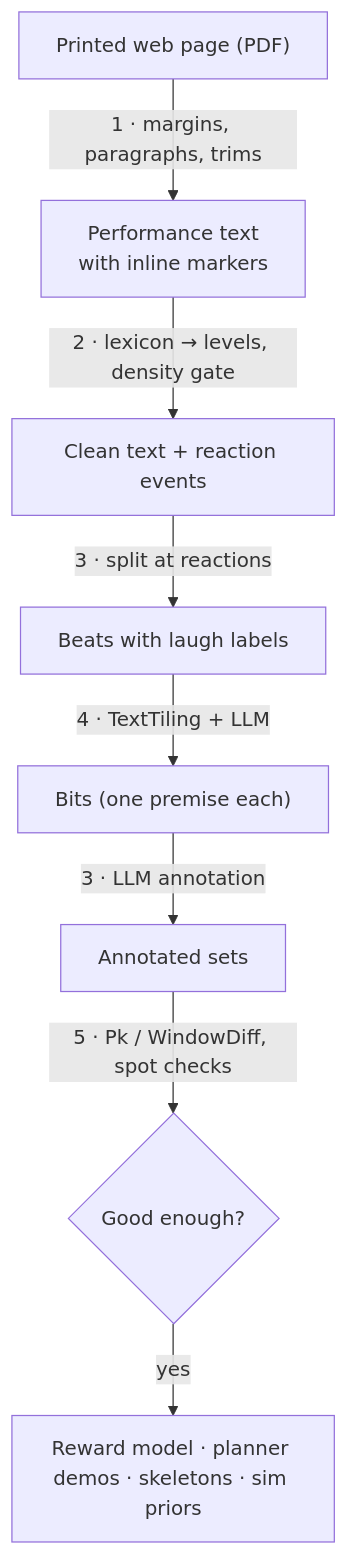
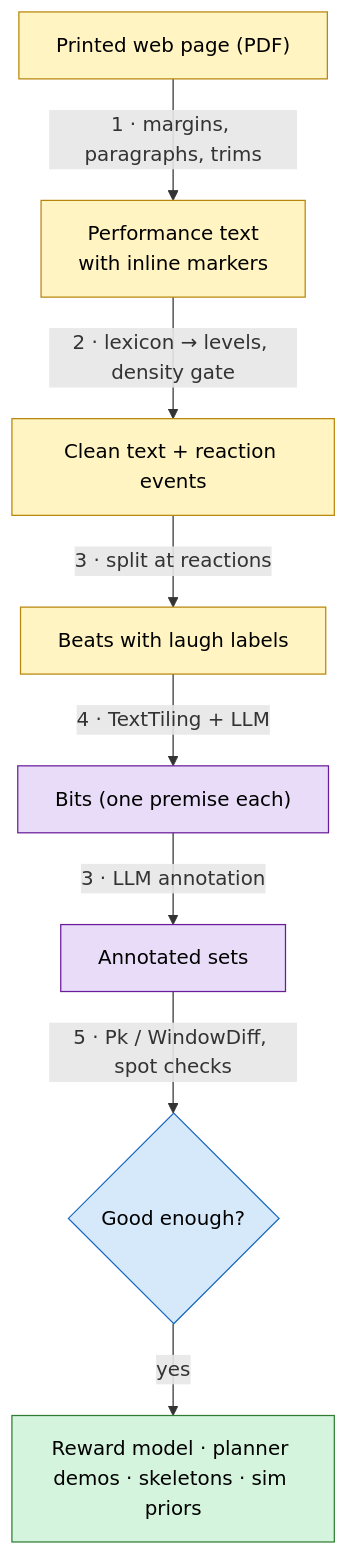
Before and after one commit to Panreta/humor-me: the diagram in pipeline/wiki/README.md, drawn with Mermaid. The commit also changed 4 other files, not shown here.

First line of the commit message:
Colour every diagram by component type, not just the study guide's

````diff
--- a/pipeline/wiki/README.md
+++ b/pipeline/wiki/README.md
@@ -17,11 +17,20 @@
 ```mermaid
 %%{init: {"theme": "default"}}%%
 flowchart TD
     PDF["Printed web page (PDF)"] -->|"1 · margins, paragraphs, trims"| BODY["Performance text<br/>with inline markers"]
     BODY -->|"2 · lexicon → levels, density gate"| EV["Clean text + reaction events"]
     EV -->|"3 · split at reactions"| BEATS["Beats with laugh labels"]
     BEATS -->|"4 · TextTiling + LLM"| BITS["Bits (one premise each)"]
     BITS -->|"3 · LLM annotation"| SETS["Annotated sets"]
     SETS -->|"5 · Pk / WindowDiff, spot checks"| OK{"Good enough?"}
     OK -->|yes| USE["Reward model · planner demos · skeletons · sim priors"]
+
+    classDef data fill:#fff4c2,stroke:#b8860b,color:#000
+    classDef model fill:#e8dcf8,stroke:#6a1b9a,color:#000
+    classDef infra fill:#d6e9fb,stroke:#1565c0,color:#000
+    classDef rl fill:#d4f4dd,stroke:#2e7d32,color:#000
+    class PDF,BODY,EV,BEATS data
+    class BITS,SETS model
+    class OK infra
+    class USE rl
 ```
````
